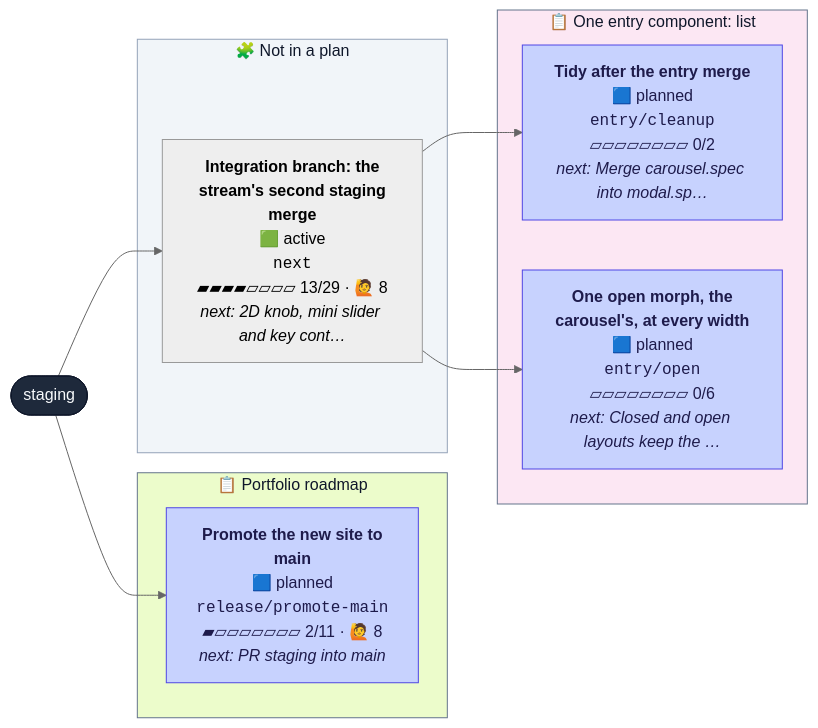
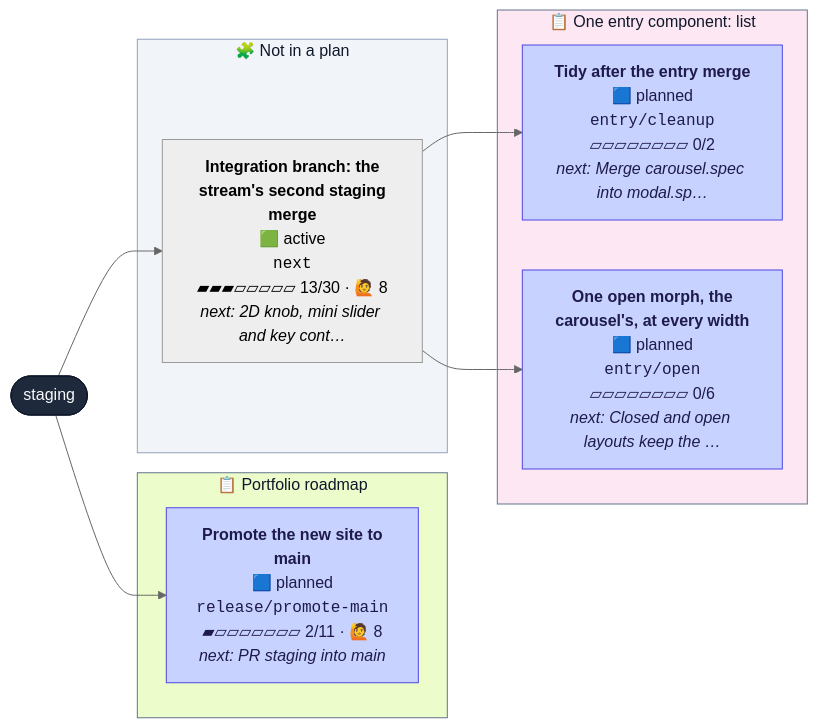
The second of 2 diagrams in CONTRIBUTING.md (henryjonescodes/portfolio), drawn with Mermaid (neutral theme) before and after one commit. The commit also changed other lines of this file and 1 other file, not shown here.

````diff
--- a/CONTRIBUTING.md
+++ b/CONTRIBUTING.md
@@ -37,33 +37,33 @@
 ```mermaid
 flowchart LR
   n_staging([staging])
   class n_staging trunk
   subgraph plan_1["📋 One entry component: list"]
     n_entry_cleanup["<b>Tidy after the entry merge</b><br/>🟦 planned<br/><code>entry/cleanup</code><br/>▱▱▱▱▱▱▱▱ 0/2<br/><i>next: Merge carousel.spec into modal.sp…</i>"]
     class n_entry_cleanup planned
     n_entry_open["<b>One open morph, the<br/>carousel's, at every width</b><br/>🟦 planned<br/><code>entry/open</code><br/>▱▱▱▱▱▱▱▱ 0/6<br/><i>next: Closed and open layouts keep the …</i>"]
     class n_entry_open planned
   end
   style plan_1 fill:#fce7f3,stroke:#64748b,color:#0f172a
   subgraph plan_2["📋 Portfolio roadmap"]
     n_release_promote_main["<b>Promote the new site to<br/>main</b><br/>🟦 planned<br/><code>release/promote-main</code><br/>▰▱▱▱▱▱▱▱ 2/11 · 🙋 8<br/><i>next: PR staging into main</i>"]
     class n_release_promote_main planned
   end
   style plan_2 fill:#ecfccb,stroke:#64748b,color:#0f172a
   subgraph loose["🧩 Not in a plan"]
-    n_next["<b>Integration branch: the<br/>stream's second staging<br/>merge</b><br/>🟩 active<br/><code>next</code><br/>▰▰▰▰▱▱▱▱ 13/29 · 🙋 8<br/><i>next: 2D knob, mini slider and key cont…</i>"]
+    n_next["<b>Integration branch: the<br/>stream's second staging<br/>merge</b><br/>🟩 active<br/><code>next</code><br/>▰▰▰▱▱▱▱▱ 13/30 · 🙋 8<br/><i>next: 2D knob, mini slider and key cont…</i>"]
     class n_next active,current
   end
   style loose fill:#f1f5f9,stroke:#94a3b8,color:#0f172a
   n_next --> n_entry_cleanup
   n_next --> n_entry_open
   n_staging --> n_next
   n_staging --> n_release_promote_main
   classDef planned fill:#c7d2fe,stroke:#4f46e5,color:#1e1b4b
   classDef sketched fill:#f8fafc,stroke:#64748b,stroke-dasharray:4 3,color:#334155
   classDef active fill:#bbf7d0,stroke:#16a34a,stroke-width:3px,color:#052e16
   classDef review fill:#fde68a,stroke:#d97706,stroke-width:3px,color:#451a03
   classDef blocked fill:#fecaca,stroke:#dc2626,stroke-width:3px,color:#450a0a
   classDef trunk fill:#1e293b,stroke:#0f172a,color:#f8fafc
   classDef current stroke:#0ea5e9,stroke-width:5px
 ```
````
